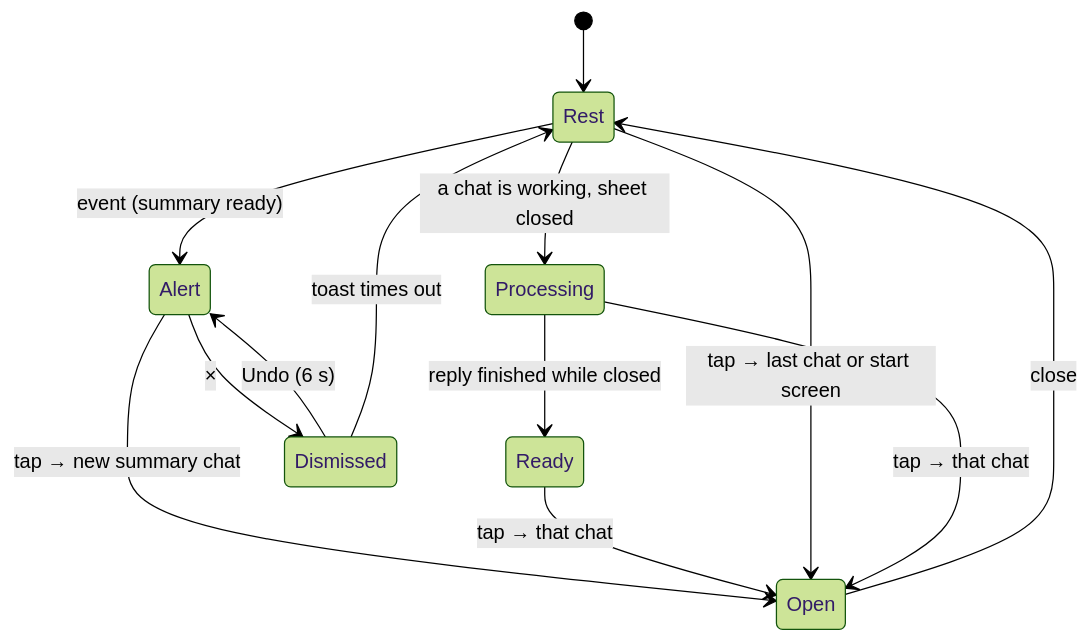
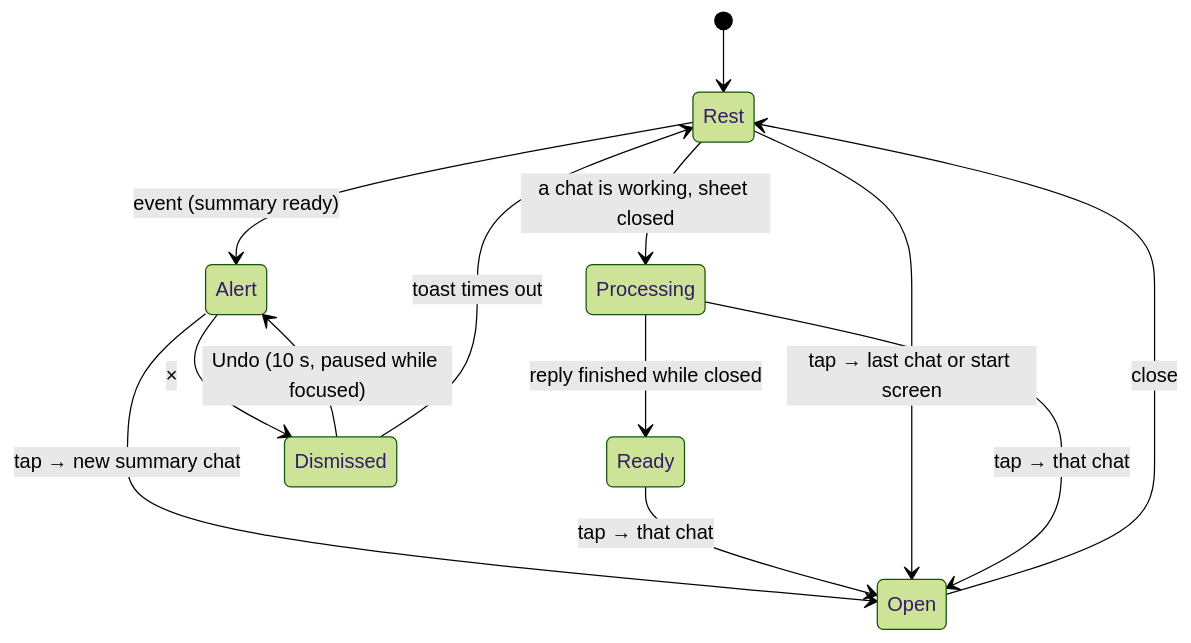
The second of 4 diagrams in design/STATES.md (georgehfc/wit-ai-banking-challenge), drawn with Mermaid (forest theme) before and after one commit. The commit also changed other lines of this file and 7 other files, not shown here.

````diff
--- a/design/STATES.md
+++ b/design/STATES.md
@@ -65,15 +65,15 @@
 ```mermaid
 stateDiagram-v2
   [*] --> Rest
   Rest --> Processing: a chat is working, sheet closed
   Processing --> Ready: reply finished while closed
   Rest --> Alert: event (summary ready)
   Alert --> Dismissed: ×
-  Dismissed --> Alert: Undo (6 s)
+  Dismissed --> Alert: Undo (10 s, paused while focused)
   Dismissed --> Rest: toast times out
   Alert --> Open: tap → new summary chat
   Ready --> Open: tap → that chat
   Rest --> Open: tap → last chat or start screen
   Processing --> Open: tap → that chat
   Open --> Rest: close
 ```
````
